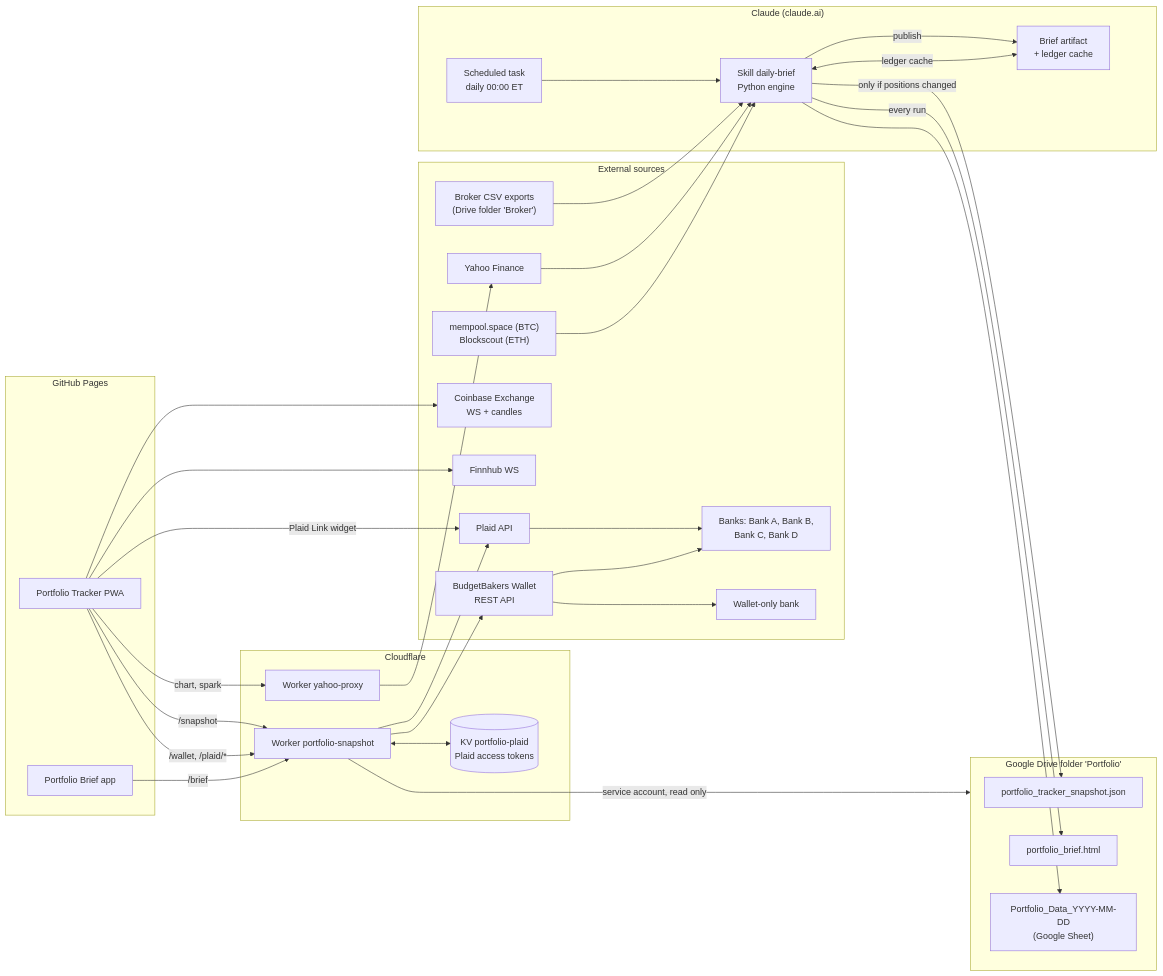
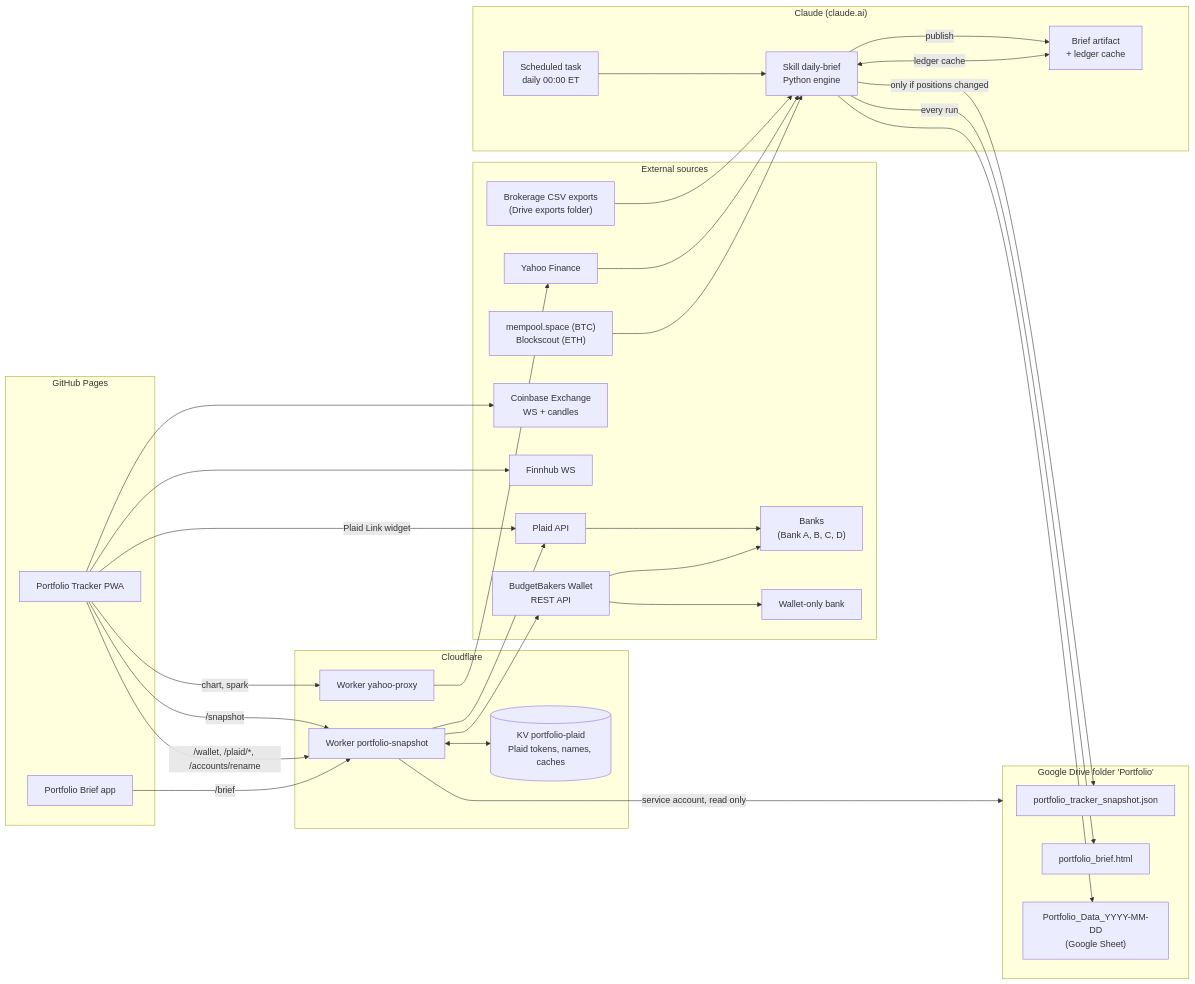
The first of 4 diagrams in docs/ARCHITECTURE.md (brunohp89/portfolio-tracker), drawn with Mermaid before and after one commit. The commit also changed other lines of this file and 1 other file, not shown here.

First line of the commit message:
Update the architecture document and make bank names generic

````diff
--- a/docs/ARCHITECTURE.md
+++ b/docs/ARCHITECTURE.md
@@ -25,63 +25,63 @@
 ```mermaid
 flowchart LR
   subgraph Sources["External sources"]
-    EXP["Broker CSV exports<br/>(Drive folder 'Broker')"]
+    EXP["Brokerage CSV exports<br/>(Drive exports folder)"]
     YF["Yahoo Finance"]
     CHAIN["mempool.space (BTC)<br/>Blockscout (ETH)"]
     CB["Coinbase Exchange<br/>WS + candles"]
     FH["Finnhub WS"]
     BB["BudgetBakers Wallet<br/>REST API"]
     PL["Plaid API"]
-    BANKS["Banks: Bank A, Bank B,<br/>Bank C, Bank D"]
+    BANKS["Banks<br/>(Bank A, B, C, D)"]
     WB["Wallet-only bank"]
   end
 
   subgraph Claude["Claude (claude.ai)"]
     SCHED["Scheduled task<br/>daily 00:00 ET"]
     BRIEF["Skill daily-brief<br/>Python engine"]
     ART["Brief artifact<br/>+ ledger cache"]
   end
 
   subgraph Drive["Google Drive folder 'Portfolio'"]
     SNAP["portfolio_tracker_snapshot.json"]
     BHTML["portfolio_brief.html"]
     SHEET["Portfolio_Data_YYYY-MM-DD<br/>(Google Sheet)"]
   end
 
   subgraph CF["Cloudflare"]
     WS["Worker portfolio-snapshot"]
-    KV[("KV portfolio-plaid<br/>Plaid access tokens")]
+    KV[("KV portfolio-plaid<br/>Plaid tokens, names, caches")]
     WY["Worker yahoo-proxy"]
   end
 
   subgraph Pages["GitHub Pages"]
     PWA["Portfolio Tracker PWA"]
     BAPP["Portfolio Brief app"]
   end
 
   SCHED --> BRIEF
   EXP --> BRIEF
   YF --> BRIEF
   CHAIN --> BRIEF
   ART <-->|"ledger cache"| BRIEF
   BRIEF -->|"publish"| ART
   BRIEF -->|"only if positions changed"| SNAP
   BRIEF -->|"every run"| BHTML
   BRIEF --> SHEET
 
   WS -->|"service account, read only"| Drive
   WS --> BB
   WS --> PL
   WS <--> KV
   PL --> BANKS
   BB --> BANKS
   BB --> WB
 
   PWA -->|"/snapshot"| WS
-  PWA -->|"/wallet, /plaid/*"| WS
+  PWA -->|"/wallet, /plaid/*, /accounts/rename"| WS
   BAPP -->|"/brief"| WS
   PWA -->|"chart, spark"| WY --> YF
   PWA --> CB
   PWA --> FH
   PWA -->|"Plaid Link widget"| PL
 ```
````
